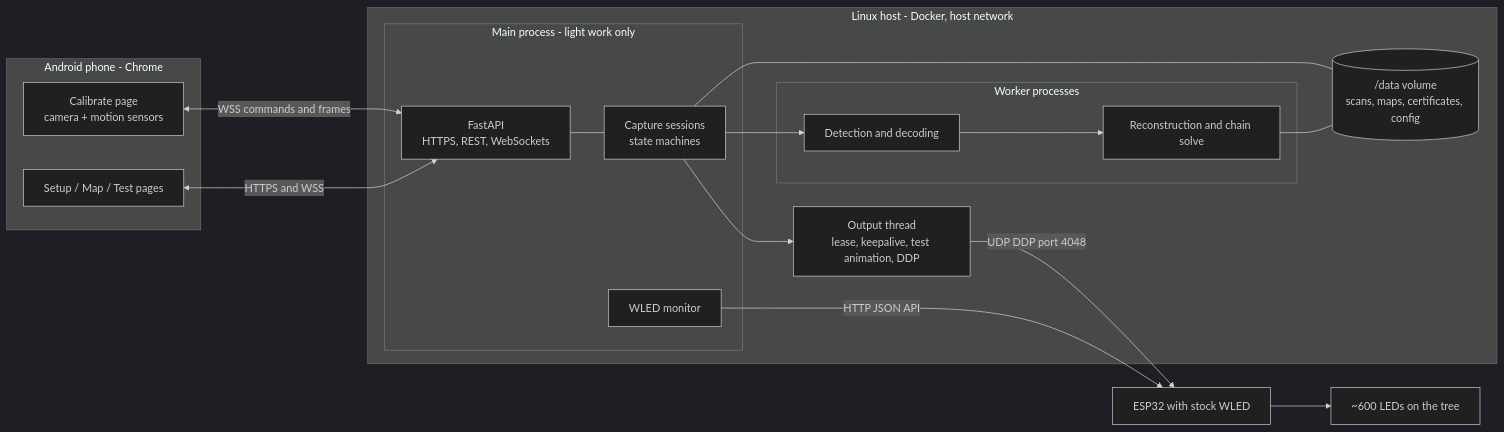
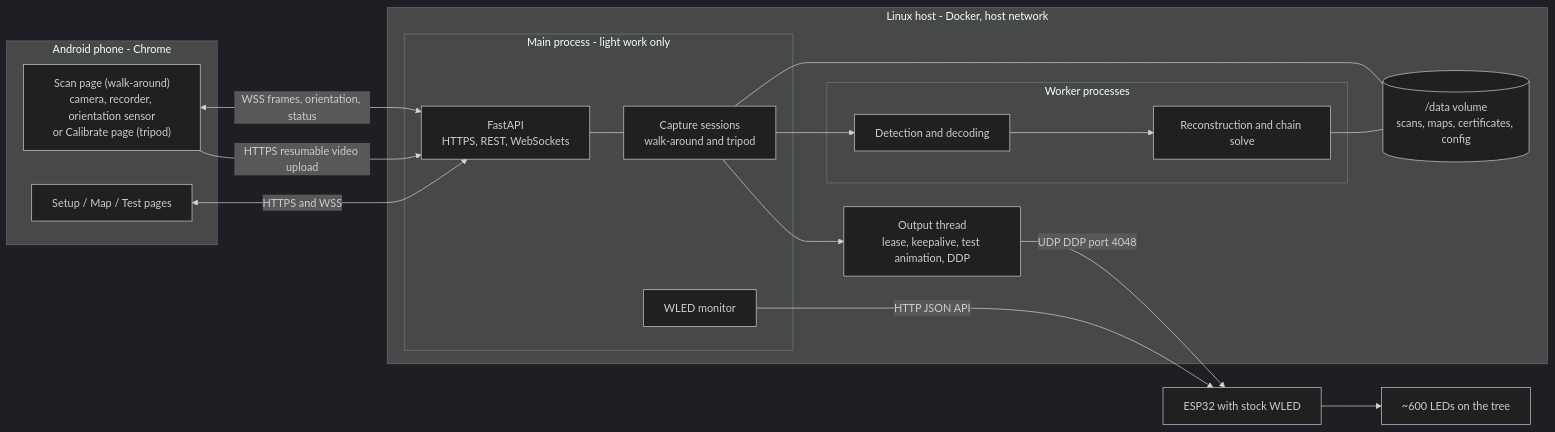
The first of 2 diagrams in architecture.md (vinnesttree/TreeLights), drawn with Mermaid (dark theme) before and after one commit. The commit also changed other lines of this file and 24 other files, not shown here.

````diff
--- a/architecture.md
+++ b/architecture.md
@@ -133,31 +158,32 @@
 ```mermaid
 flowchart LR
   subgraph Phone["Android phone - Chrome"]
-    CAP["Calibrate page<br/>camera + motion sensors"]
+    CAP["Scan page (walk-around)<br/>camera, recorder, orientation sensor<br/>or Calibrate page (tripod)"]
     UI["Setup / Map / Test pages"]
   end
   subgraph Host["Linux host - Docker, host network"]
     subgraph Main["Main process - light work only"]
       API["FastAPI<br/>HTTPS, REST, WebSockets"]
-      SES["Capture sessions<br/>state machines"]
+      SES["Capture sessions<br/>walk-around and tripod"]
       MON["WLED monitor"]
     end
     OUT["Output thread<br/>lease, keepalive, test animation, DDP"]
     subgraph Workers["Worker processes"]
       DET["Detection and decoding"]
       REC["Reconstruction and chain solve"]
     end
     DATA[("/data volume<br/>scans, maps, certificates, config")]
   end
   WLED["ESP32 with stock WLED"] --> LEDS["~600 LEDs on the tree"]
-  CAP <-->|WSS commands and frames| API
+  CAP <-->|WSS frames, orientation, status| API
+  CAP -->|HTTPS resumable video upload| API
   UI <-->|HTTPS and WSS| API
   API --- SES
   SES --> OUT
   SES --> DET
   DET --> REC
   SES --- DATA
   REC --- DATA
   OUT -->|UDP DDP port 4048| WLED
   MON -->|HTTP JSON API| WLED
 ```
````
